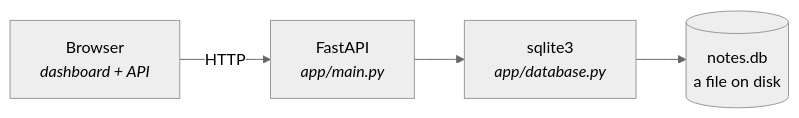
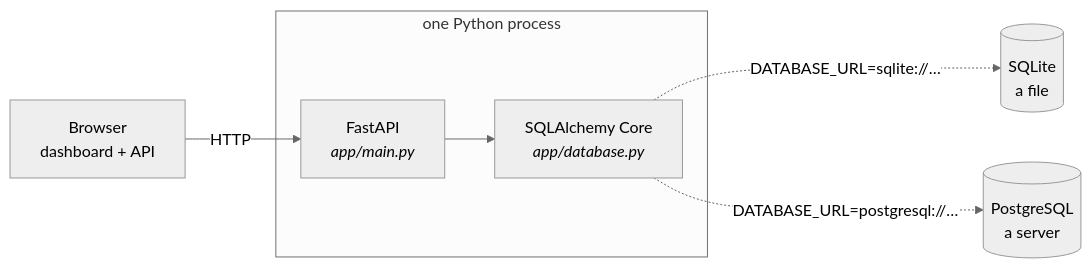
The second of 2 diagrams in README.md (gcodiac/python-to-production), drawn with Mermaid (neutral theme) before and after one commit. The commit also changed other lines of this file and 1 other file, not shown here.

````diff
--- a/README.md
+++ b/README.md
@@ -9,6 +21,11 @@
 ```mermaid
 flowchart LR
-    B["Browser<br/><i>dashboard + API</i>"] -->|HTTP| A
-    A["FastAPI<br/><i>app/main.py</i>"] --> D["sqlite3<br/><i>app/database.py</i>"]
-    D --> F[("notes.db<br/>a file on disk")]
+    B["Browser<br/>dashboard + API"] -->|HTTP| A
+
+    subgraph proc["one Python process"]
+        A["FastAPI<br/><i>app/main.py</i>"] --> S["SQLAlchemy Core<br/><i>app/database.py</i>"]
+    end
+
+    S -.->|"DATABASE_URL=sqlite://…"| SQ[("SQLite<br/>a file")]
+    S -.->|"DATABASE_URL=postgresql://…"| PG[("PostgreSQL<br/>a server")]
 ```
````
